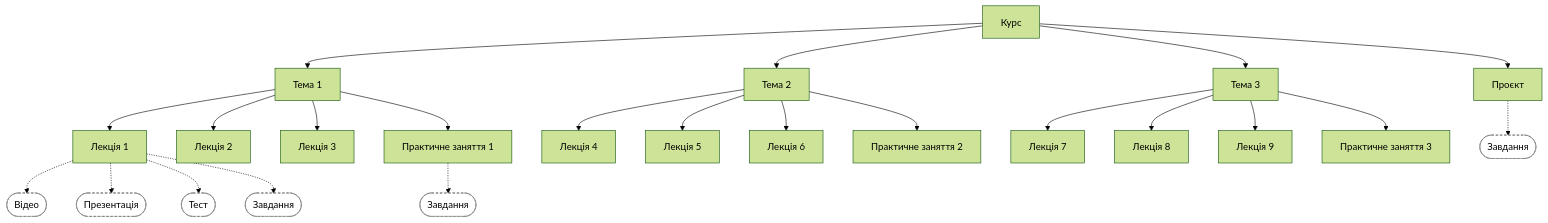
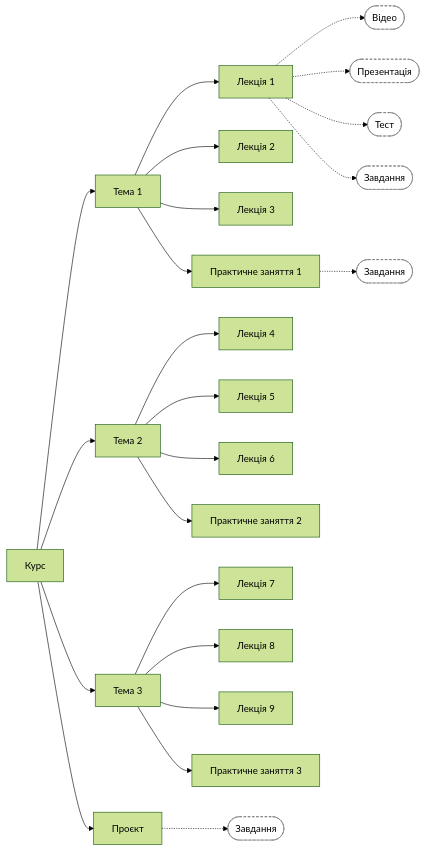
Before and after one commit to KonstZiv/course-supporter: the diagram in docs/uk/authors/structure.md, drawn with Mermaid (forest theme). The commit also changed 2 other files, not shown here.

Commit message:
docs(authors): lay out the course diagram left to right and fix two wording errors
The course-structure diagram was laid out top to bottom, about 2094 px
wide, so the page shrank it to a third and its labels became unreadable;
left to right it fits the content column at full size. Two sentences get
their wording fixed: "стороннім" for "сторонім" on the materials page, and
"зробить застарілими описи" for "застаріє описи" on the how-it-works page,
whose last_updated moves to today.

Claude-Session: https://claude.ai/code/session_01L8HbgYkBmDNqkLnDr9LeJd

````diff
--- a/docs/uk/authors/structure.md
+++ b/docs/uk/authors/structure.md
@@ -35,28 +35,28 @@
 ```mermaid
-flowchart TD
+flowchart LR
     C["Курс"]
     C --> T1["Тема 1"]
     C --> T2["Тема 2"]
     C --> T3["Тема 3"]
     C --> PR["Проєкт"]
     T1 --> L1["Лекція 1"]
     T1 --> L2["Лекція 2"]
     T1 --> L3["Лекція 3"]
     T1 --> W1["Практичне заняття 1"]
     T2 --> L4["Лекція 4"]
     T2 --> L5["Лекція 5"]
     T2 --> L6["Лекція 6"]
     T2 --> W2["Практичне заняття 2"]
     T3 --> L7["Лекція 7"]
     T3 --> L8["Лекція 8"]
     T3 --> L9["Лекція 9"]
     T3 --> W3["Практичне заняття 3"]
     L1 -.-> V(["Відео"])
     L1 -.-> S(["Презентація"])
     L1 -.-> Q(["Тест"])
     L1 -.-> H(["Завдання"])
     W1 -.-> WH(["Завдання"])
     PR -.-> PH(["Завдання"])
     classDef material fill:#ffffff,stroke:#777777,stroke-dasharray:4 3
     class V,S,Q,H,WH,PH material
 ```
````
